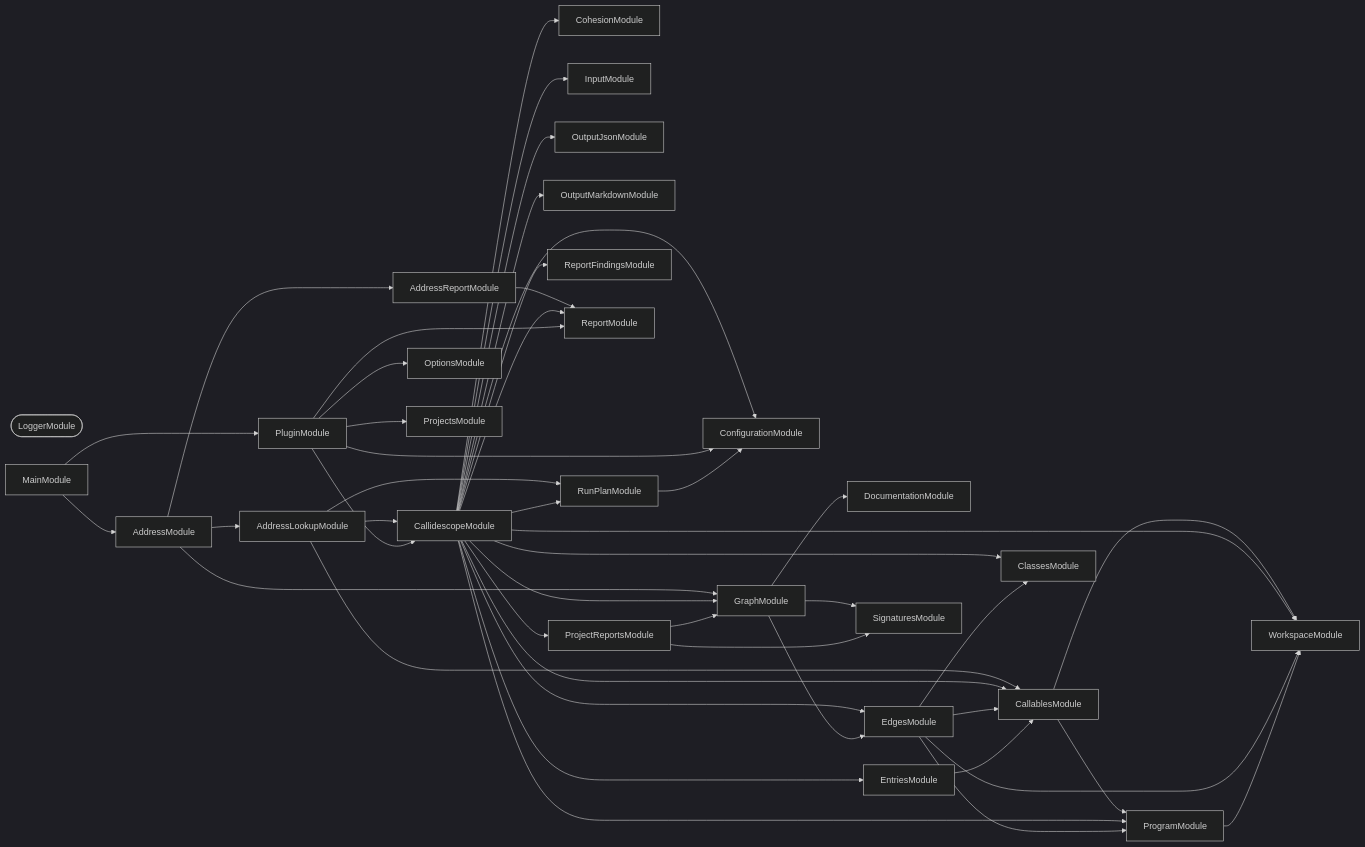
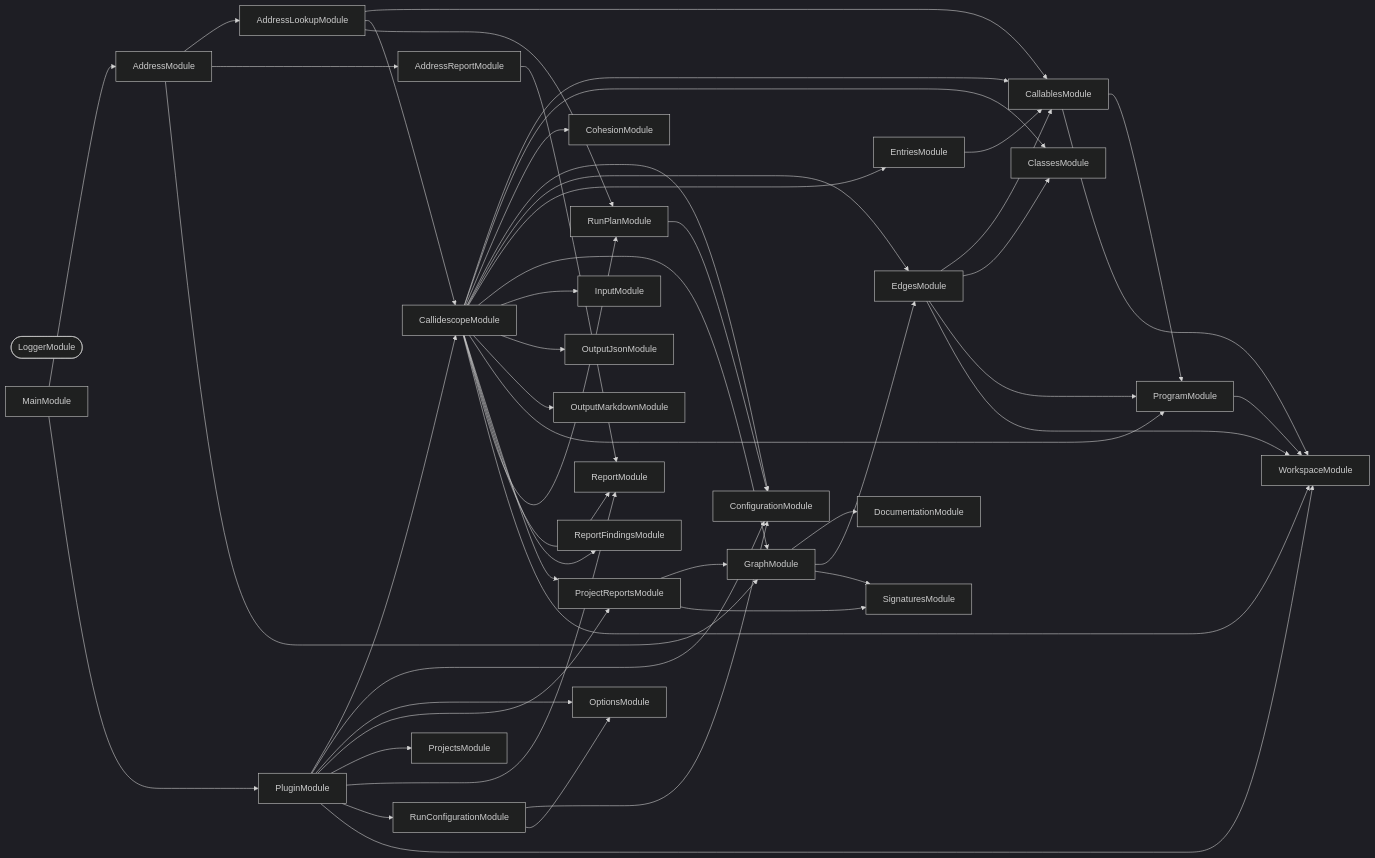
Before and after one commit to JimmyPaolini/codebase: the second of 3 diagrams in packages/callidescope-nx/README.md, drawn with Mermaid (dark theme). The commit also changed other lines of this file and 138 other files, not shown here.

First line of the commit message:
feat(callidescope,configuration,deployments,documentation): ✨ gate every project against its own limits (#660)

````diff
--- a/packages/callidescope-nx/README.md
+++ b/packages/callidescope-nx/README.md
@@ -248,74 +328,80 @@
 ```mermaid
 flowchart LR
   AddressLookupModule
   AddressModule
   AddressReportModule
   CallablesModule
   CallidescopeModule
   ClassesModule
   CohesionModule
   ConfigurationModule
   DocumentationModule
   EdgesModule
   EntriesModule
   GraphModule
   InputModule
   LoggerModule([LoggerModule])
   MainModule
   OptionsModule
   OutputJsonModule
   OutputMarkdownModule
   PluginModule
   ProgramModule
   ProjectReportsModule
   ProjectsModule
   ReportFindingsModule
   ReportModule
+  RunConfigurationModule
   RunPlanModule
   SignaturesModule
   WorkspaceModule
   AddressLookupModule --> CallablesModule
   AddressLookupModule --> CallidescopeModule
   AddressLookupModule --> RunPlanModule
   AddressModule --> AddressLookupModule
   AddressModule --> AddressReportModule
   AddressModule --> GraphModule
   AddressReportModule --> ReportModule
   CallablesModule --> ProgramModule
   CallablesModule --> WorkspaceModule
   CallidescopeModule --> CallablesModule
   CallidescopeModule --> ClassesModule
   CallidescopeModule --> CohesionModule
   CallidescopeModule --> ConfigurationModule
   CallidescopeModule --> EdgesModule
   CallidescopeModule --> EntriesModule
   CallidescopeModule --> GraphModule
   CallidescopeModule --> InputModule
   CallidescopeModule --> OutputJsonModule
   CallidescopeModule --> OutputMarkdownModule
   CallidescopeModule --> ProgramModule
   CallidescopeModule --> ProjectReportsModule
   CallidescopeModule --> ReportFindingsModule
   CallidescopeModule --> ReportModule
   CallidescopeModule --> RunPlanModule
   CallidescopeModule --> WorkspaceModule
   EdgesModule --> CallablesModule
   EdgesModule --> ClassesModule
   EdgesModule --> ProgramModule
   EdgesModule --> WorkspaceModule
   EntriesModule --> CallablesModule
   GraphModule --> DocumentationModule
   GraphModule --> EdgesModule
   GraphModule --> SignaturesModule
   MainModule --> AddressModule
   MainModule --> PluginModule
   PluginModule --> CallidescopeModule
   PluginModule --> ConfigurationModule
   PluginModule --> OptionsModule
+  PluginModule --> ProjectReportsModule
   PluginModule --> ProjectsModule
   PluginModule --> ReportModule
+  PluginModule --> RunConfigurationModule
+  PluginModule --> WorkspaceModule
   ProgramModule --> WorkspaceModule
   ProjectReportsModule --> GraphModule
   ProjectReportsModule --> SignaturesModule
+  RunConfigurationModule --> ConfigurationModule
+  RunConfigurationModule --> OptionsModule
   RunPlanModule --> ConfigurationModule
 ```
````
